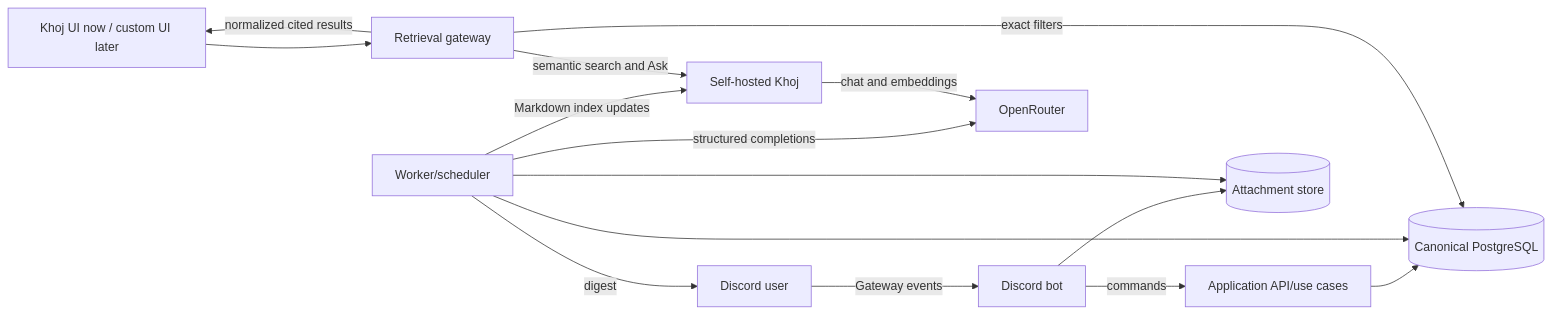
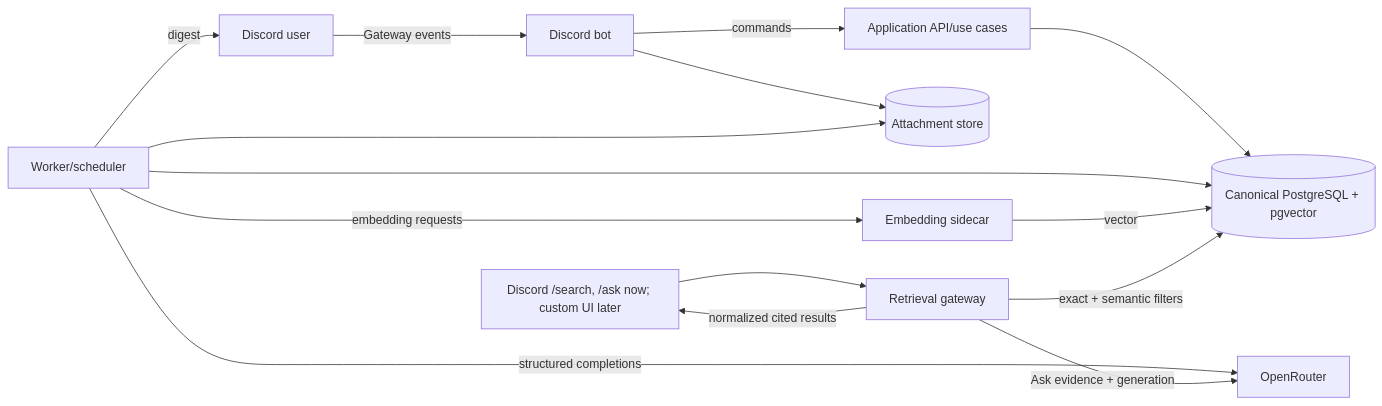
The first of 2 diagrams in docs/DESIGN.md (boongh/thought-capture), drawn with Mermaid before and after one commit. The commit also changed other lines of this file and 1 other file, not shown here.

````diff
--- a/docs/DESIGN.md
+++ b/docs/DESIGN.md
@@ -126,17 +126,17 @@
 ```mermaid
 flowchart LR
     D[Discord user] -->|Gateway events| B[Discord bot]
     B -->|commands| A[Application API/use cases]
-    A --> P[(Canonical PostgreSQL)]
+    A --> P[(Canonical PostgreSQL + pgvector)]
     B --> O[(Attachment store)]
     W[Worker/scheduler] --> P
     W --> O
     W -->|structured completions| R[OpenRouter]
-    W -->|Markdown index updates| K[Self-hosted Khoj]
-    K -->|chat and embeddings| R
-    U[Khoj UI now / custom UI later] --> G[Retrieval gateway]
-    G -->|exact filters| P
-    G -->|semantic search and Ask| K
+    W -->|embedding requests| E[Embedding sidecar]
+    E -->|vector| P
+    U[Discord /search, /ask now; custom UI later] --> G[Retrieval gateway]
+    G -->|exact + semantic filters| P
+    G -->|Ask evidence + generation| R
     G -->|normalized cited results| U
     W -->|digest| D
 ```
````
